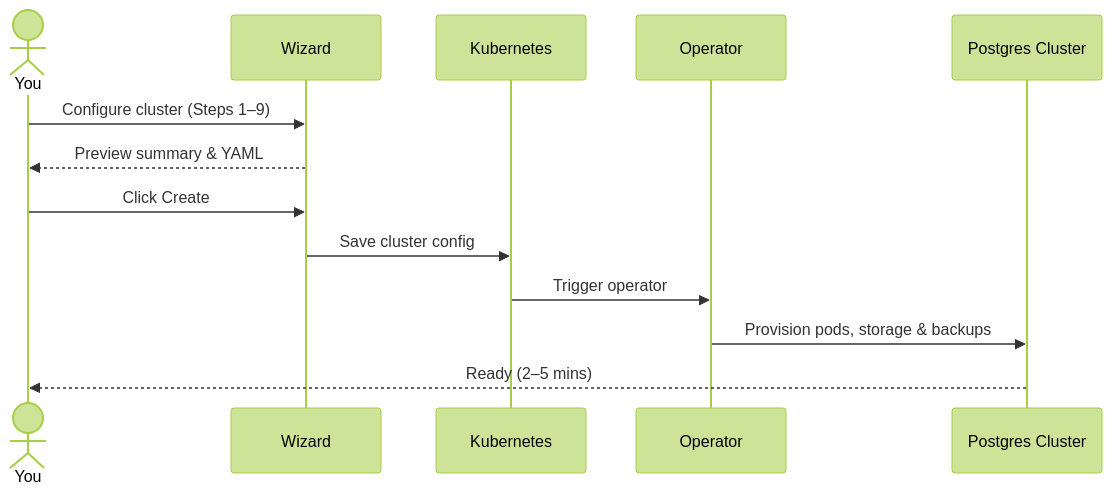
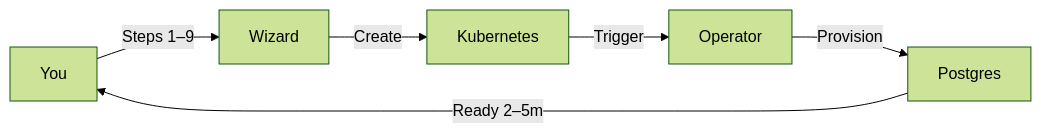
One commit to rabhinav0906/Readme-changes changed the second of 3 diagrams in console.md. Above: the diagram before and after it, drawn with Mermaid (forest theme).

````diff
--- a/console.md
+++ b/console.md
@@ -516,16 +516,8 @@
 ```mermaid
-sequenceDiagram
-    actor U as You
-    participant W as Wizard
-    participant K as Kubernetes
-    participant O as Operator
-    participant P as Postgres Cluster
-
-    U->>W: Configure cluster (Steps 1–9)
-    W-->>U: Preview summary & YAML
-    U->>W: Click Create
-    W->>K: Save cluster config
-    K->>O: Trigger operator
-    O->>P: Provision pods, storage & backups
-    P-->>U: Ready (2–5 mins)
+flowchart LR
+    U[You] -->|Steps 1–9| W[Wizard]
+    W -->|Create| K[Kubernetes]
+    K -->|Trigger| O[Operator]
+    O -->|Provision| P[Postgres]
+    P -->|Ready 2–5m| U
 ```
````
